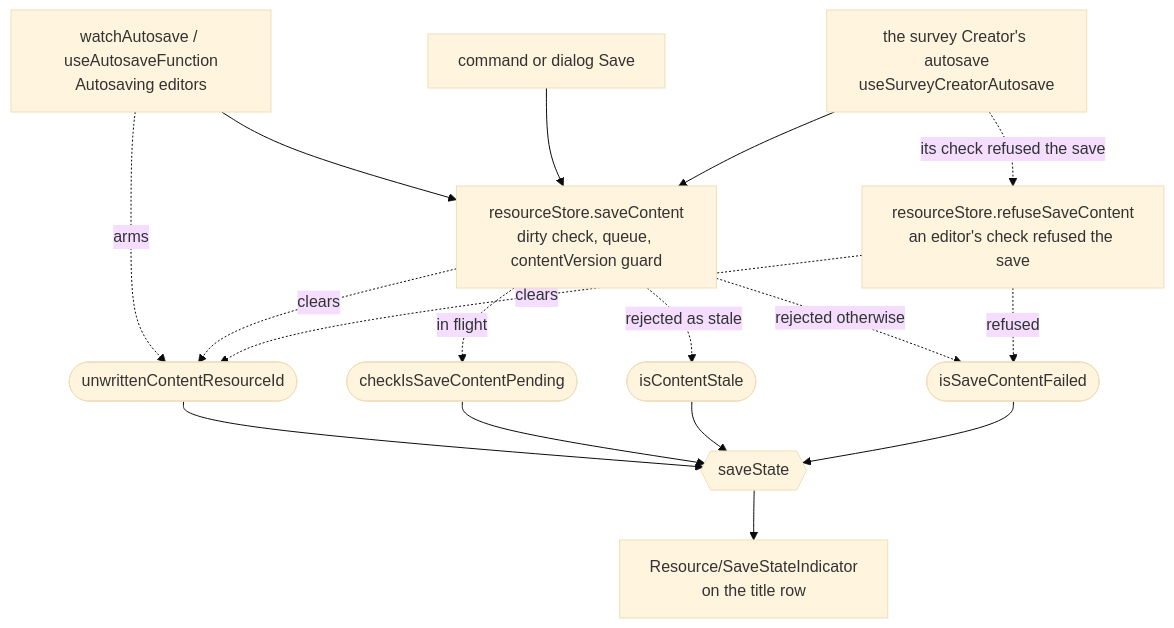
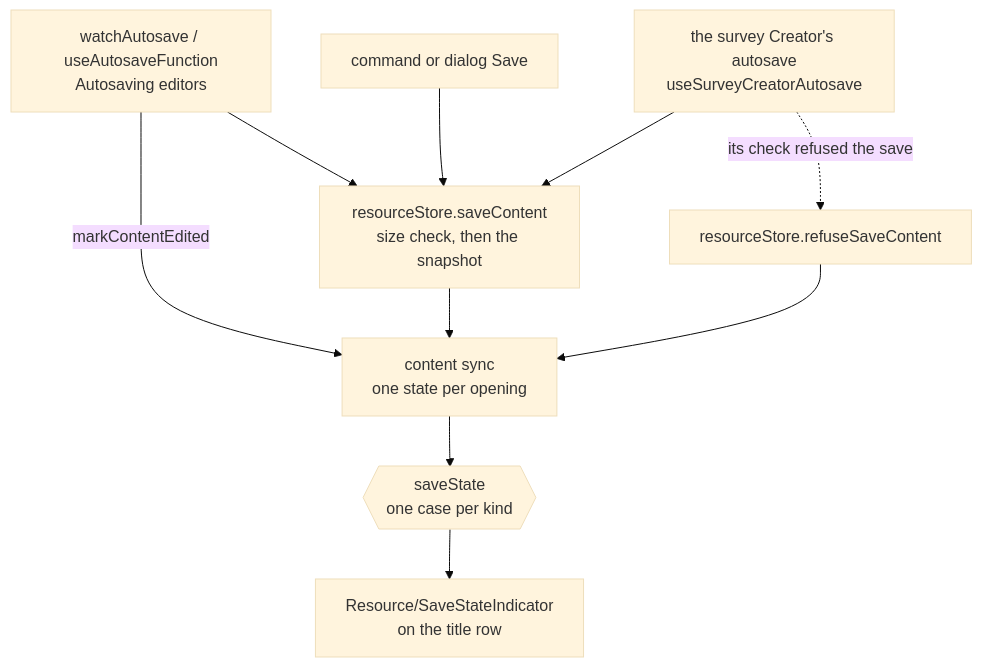
The diagram in openspec/specs/resource/resource-save-state/design.md (Esposter/Esposter), drawn with Mermaid (base theme) before and after one commit. The commit also changed other lines of this file and 47 other files, not shown here.

First line of the commit message:
refactor(resource): one content sync state machine behind every type's saves

````diff
--- a/openspec/specs/resource/resource-save-state/design.md
+++ b/openspec/specs/resource/resource-save-state/design.md
@@ -13,23 +13,12 @@
 ```mermaid
 flowchart TD
-  AUTO["watchAutosave / useAutosaveFunction<br/>Autosaving editors"] --> DOOR
+  AUTO["watchAutosave / useAutosaveFunction<br/>Autosaving editors"] -->|"markContentEdited"| SYNC
+  AUTO --> DOOR
   CMD["command or dialog Save"] --> DOOR
   LIB["the survey Creator's autosave<br/>useSurveyCreatorAutosave"] --> DOOR
-  DOOR["resourceStore.saveContent<br/>dirty check, queue, contentVersion guard"]
-  REFUSE["resourceStore.refuseSaveContent<br/>an editor's check refused the save"]
-  LIB -.->|"its check refused the save"| REFUSE
-
-  AUTO -.->|"arms"| ARMED(["unwrittenContentResourceId"])
-  DOOR -.->|"clears"| ARMED
-  DOOR -.->|"in flight"| PENDING(["checkIsSaveContentPending"])
-  DOOR -.->|"rejected as stale"| STALE(["isContentStale"])
-  DOOR -.->|"rejected otherwise"| FAILED(["isSaveContentFailed"])
-  REFUSE -.->|"clears"| ARMED
-  REFUSE -.->|"refused"| FAILED
-
-  ARMED --> STATE{{"saveState"}}
-  PENDING --> STATE
-  STALE --> STATE
-  FAILED --> STATE
+  LIB -.->|"its check refused the save"| REFUSE["resourceStore.refuseSaveContent"]
+  DOOR["resourceStore.saveContent<br/>size check, then the snapshot"] --> SYNC
+  REFUSE --> SYNC
+  SYNC["content sync<br/>one state per opening"] --> STATE{{"saveState<br/>one case per kind"}}
   STATE --> UI["Resource/SaveStateIndicator<br/>on the title row"]
 ```
````
